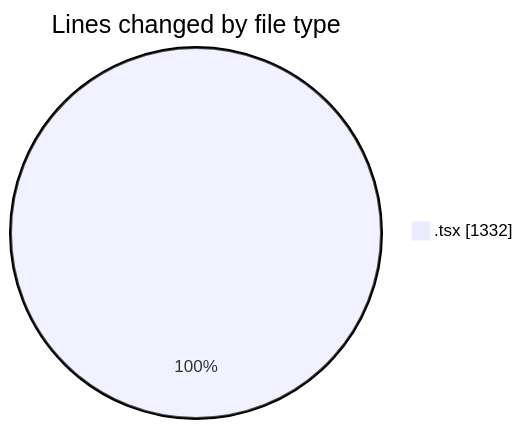
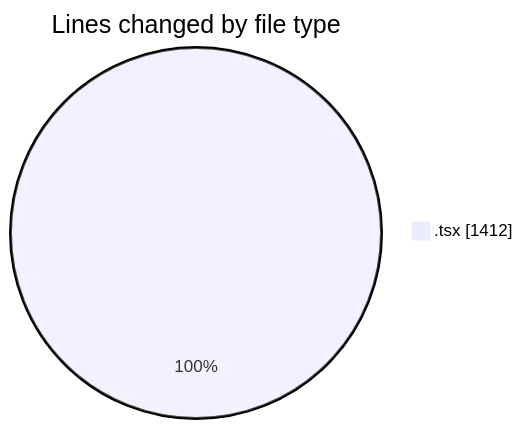
Before and after one commit to robertbonfada/code-tracking: the first of 2 diagrams in 2025-03-11/mbc-web/README.md, drawn with Mermaid. The commit also changed other lines of this file and 1 other file, not shown here.

````diff
--- a/2025-03-11/mbc-web/README.md
+++ b/2025-03-11/mbc-web/README.md
@@ -31,5 +32,5 @@
 ```mermaid
 pie showData
 title Lines changed by file type
-".tsx" : 1332
+".tsx" : 1412
 ```
````
